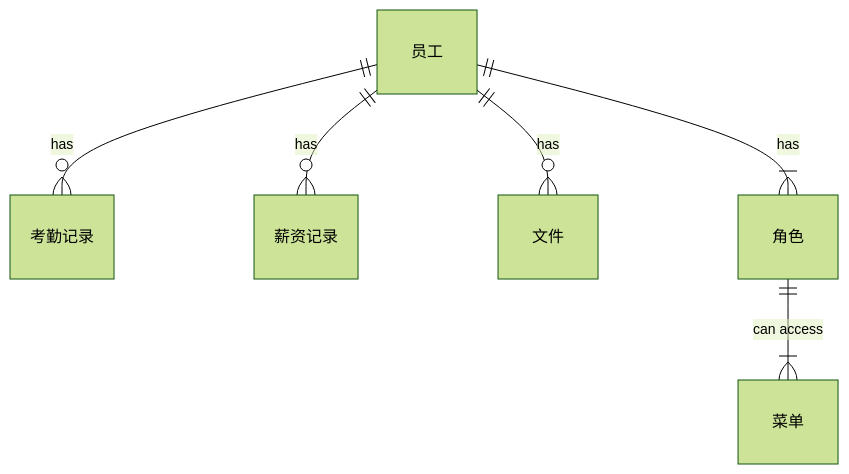
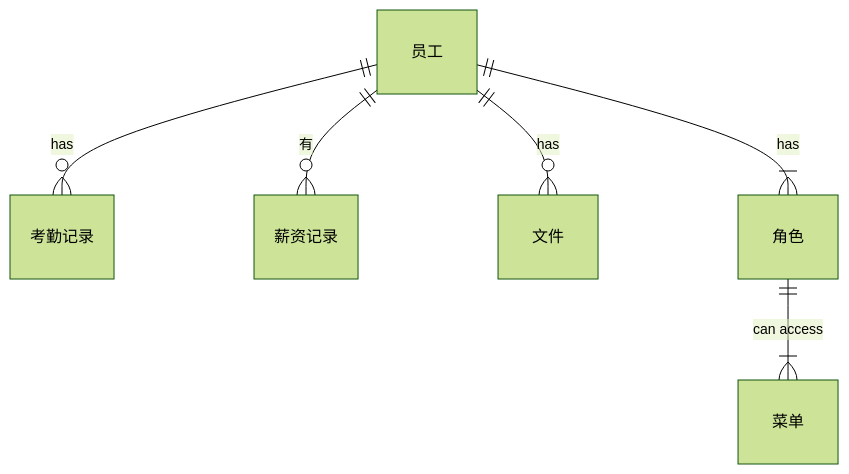
Before and after one commit to 1235648solitary/iodraw-files: the diagram in all/未命名-1.md, drawn with Mermaid (forest theme).

Commit message:
2025-04-22 23:28:54 update

````diff
--- a/all/未命名-1.md
+++ b/all/未命名-1.md
@@ -1,9 +1,9 @@
 ```mermaid
 erDiagram
               "员工" ||--o{ "考勤记录" : "has"
-    "员工" ||--o{ "薪资记录" : "has"
+    "员工" ||--o{ "薪资记录" : "有"
     "员工"||--o{ "文件" : "has"
     "员工" ||--|{ "角色" : "has"
     "角色" ||--|{ "菜单" : "can access" 
             
 ```
````
